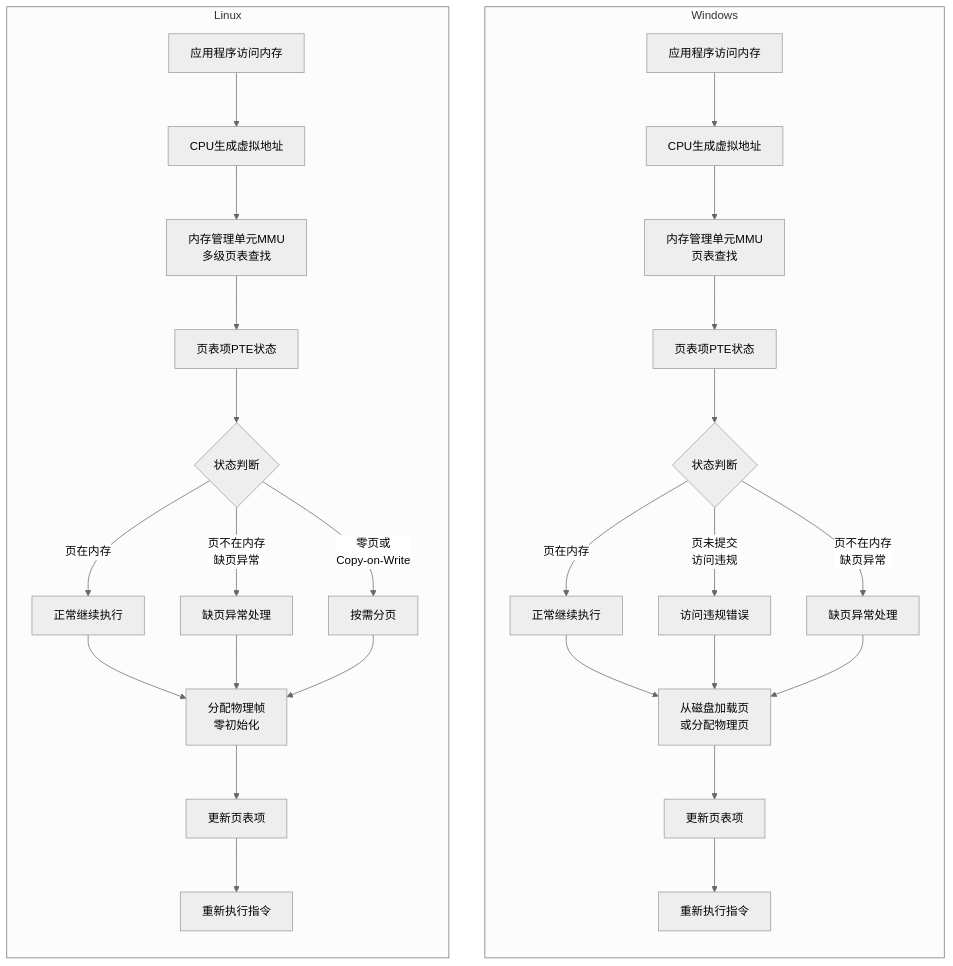
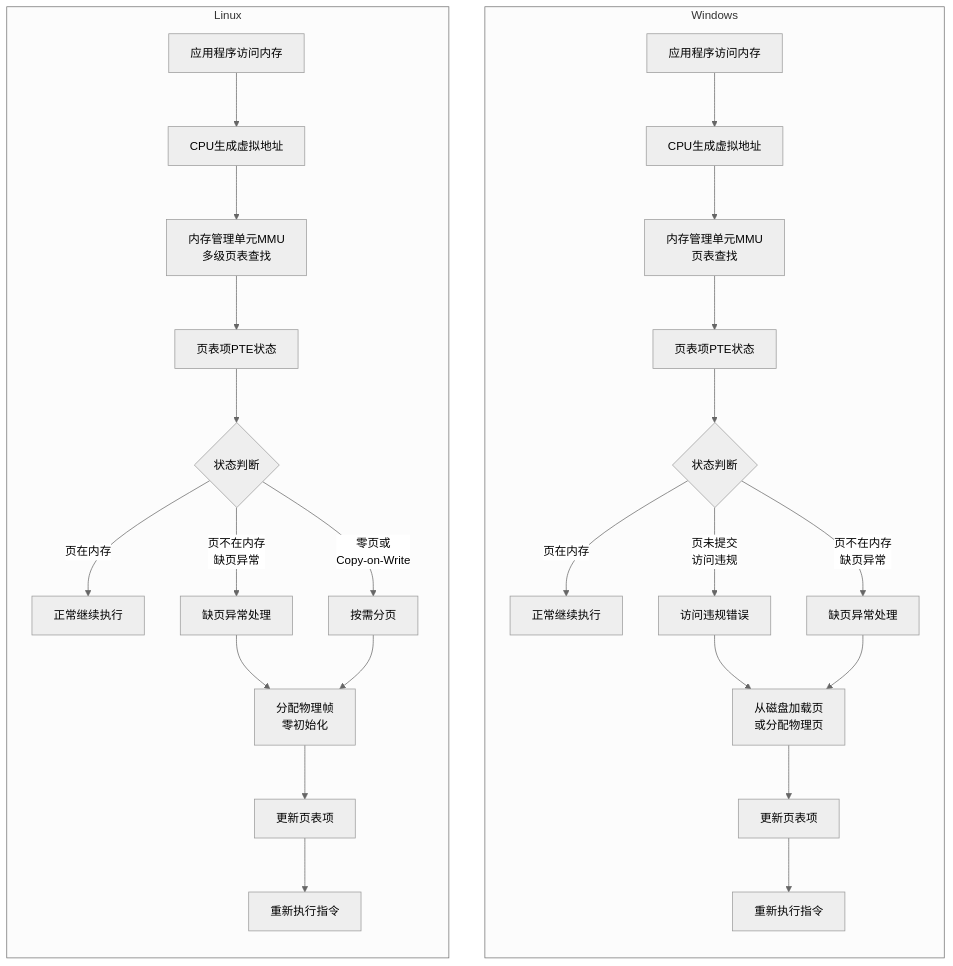
One commit to hemy08/hemynotes changed the second of 8 diagrams in docs/010-计算机/060_存储系统/008-系统内存管理.md. Above: the diagram before and after it, drawn with Mermaid (neutral theme). The commit also changed other lines of this file, not shown here.

````diff
--- a/docs/010-计算机/060_存储系统/008-系统内存管理.md
+++ b/docs/010-计算机/060_存储系统/008-系统内存管理.md
@@ -142,34 +142,32 @@
 ```mermaid
 flowchart TD
     subgraph Windows [Windows]
 		direction TB
         A1[应用程序访问内存] --> B1[CPU生成虚拟地址]
         B1 --> C1[内存管理单元MMU<br/>页表查找]
         C1 --> D1[页表项PTE状态]
         D1 --> E1{状态判断}
         E1 -->|页在内存| F1[正常继续执行]
         E1 -->|页不在内存<br/>缺页异常| G1[缺页异常处理]
         E1 -->|页未提交<br/>访问违规| H1[访问违规错误]
-        F1 --> I1
         H1 --> I1
         G1 --> I1[从磁盘加载页<br/>或分配物理页]
         I1 --> J1[更新页表项]
         J1 --> K1[重新执行指令]
     end
 
     subgraph Linux [Linux]
 		direction TB
         A2[应用程序访问内存] --> B2[CPU生成虚拟地址]
         B2 --> C2[内存管理单元MMU<br/>多级页表查找]
         C2 --> D2[页表项PTE状态]
         D2 --> E2{状态判断}
         E2 -->|页在内存| F2[正常继续执行]
         E2 -->|页不在内存<br/>缺页异常| G2[缺页异常处理]
         E2 -->|零页或<br/>Copy-on-Write| H2[按需分页]
-        F2 --> I2
         G2 --> I2[分配物理帧<br/>零初始化]
         H2 --> I2
         I2 --> J2[更新页表项]
         J2 --> K2[重新执行指令]
     end
 ```
````
